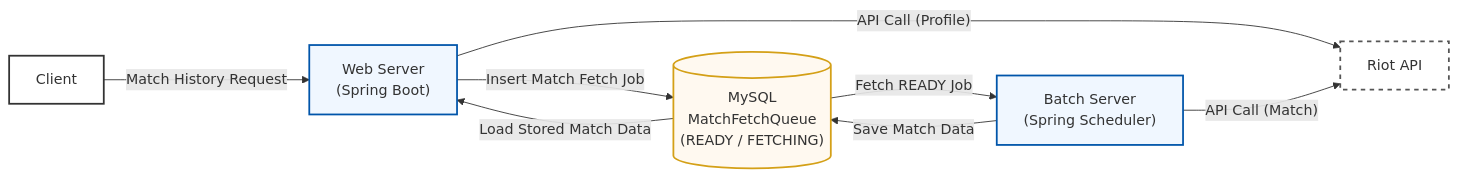
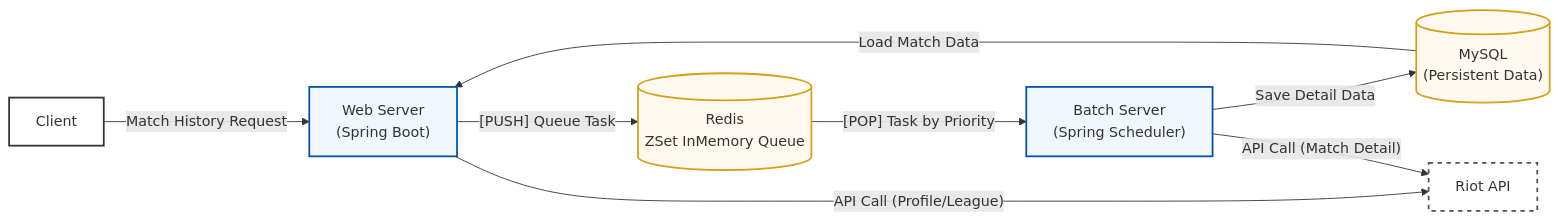
Before and after one commit to umsun1/TFT: the diagram in README.md, drawn with Mermaid. The commit also changed other lines of this file and 15 other files, not shown here.

````diff
--- a/README.md
+++ b/README.md
@@ -66,30 +66,31 @@
 ```mermaid
 graph LR
     %% 스타일 정의
     classDef client fill:#fff,stroke:#333,stroke-width:2px;
     classDef server fill:#f0f7ff,stroke:#0055aa,stroke-width:2px;
     classDef db fill:#fff9f0,stroke:#d4a017,stroke-width:2px;
     classDef external fill:#fff,stroke:#555,stroke-width:2px,stroke-dasharray: 5 5;
 
     %% 노드 설정 
     Client[Client]:::client
     Web["Web Server<br/>(Spring Boot)"]:::server
-    MySQL[("MySQL<br/>MatchFetchQueue<br/>(READY / FETCHING)")]:::db
+    Redis[("Redis<br/>ZSet InMemory Queue")]:::db
+    MySQL[("MySQL<br/>(Persistent Data)")]:::db
     Batch["Batch Server<br/>(Spring Scheduler)"]:::server
     Riot["Riot API"]:::external
 
     %% 1. 사용자 요청 흐름 
     Client -- "Match History Request" --> Web
 
-    %% 2. Web Server와 DB 간 상호작용 
-    Web -- "Insert Match Fetch Job" --> MySQL
-    MySQL -- "Load Stored Match Data" --> Web
+    %% 2. Web Server 데이터 흐름 
+    Web -- "[PUSH] Queue Task" --> Redis
+    MySQL -- "Load Match Data" --> Web
 
-    %% 3. Batch Server와 DB 간 상호작용 
-    MySQL -- "Fetch READY Job" --> Batch
-    Batch -- "Save Match Data" --> MySQL
+    %% 3. Batch Server 데이터 흐름 
+    Redis -- "[POP] Task by Priority" --> Batch
+    Batch -- "Save Detail Data" --> MySQL
 
     %% 4. 외부 API 호출 구조 
-    Web -- "API Call (Profile)" --> Riot
-    Batch -- "API Call (Match)" --> Riot
+    Web -- "API Call (Profile/League)" --> Riot
+    Batch -- "API Call (Match Detail)" --> Riot
 ```
````
